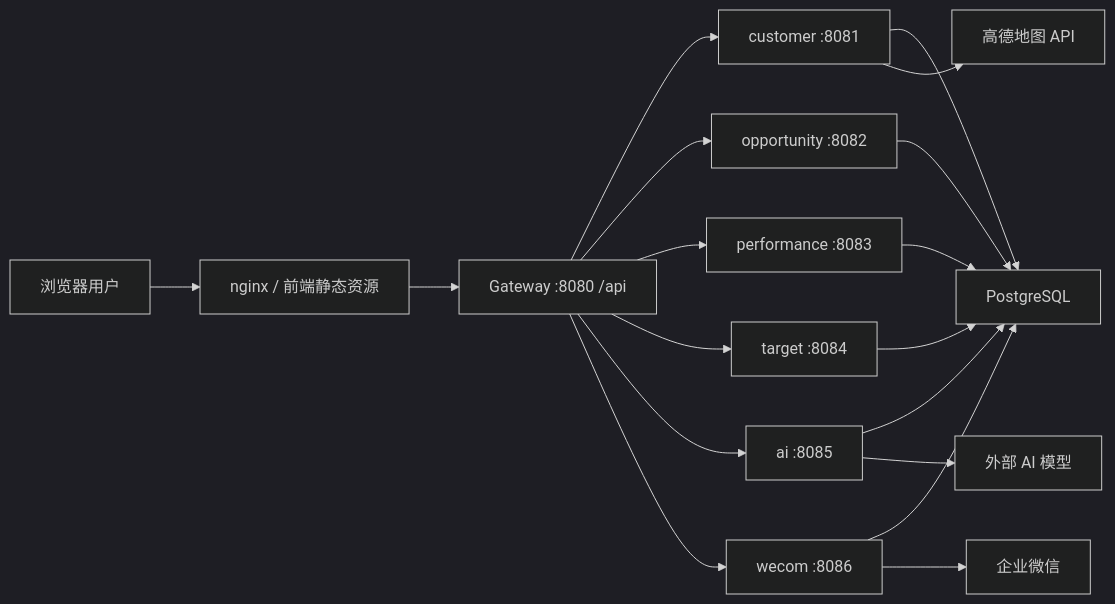
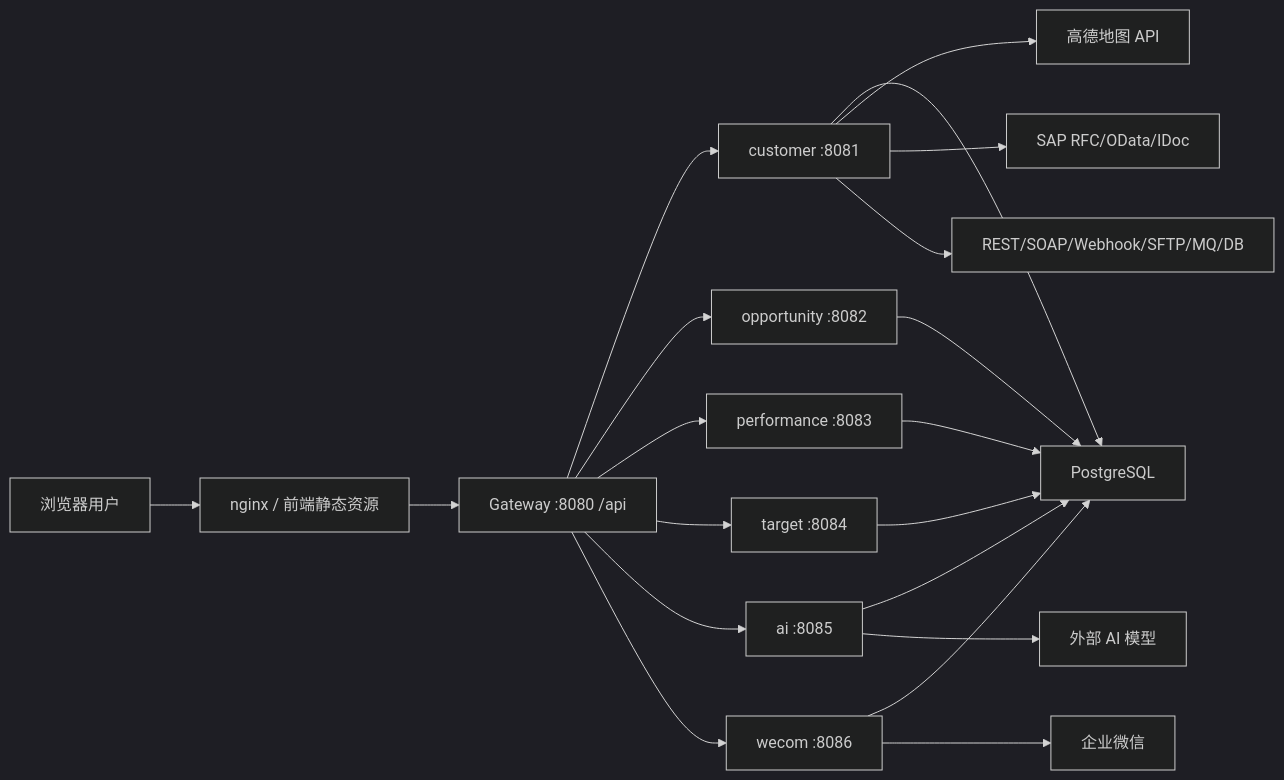
Before and after one commit to flymanckt/huafu-crm-suite: the diagram in docs/PROJECT_GUIDE.md, drawn with Mermaid (dark theme). The commit also changed other lines of this file and 25 other files, not shown here.

````diff
--- a/docs/PROJECT_GUIDE.md
+++ b/docs/PROJECT_GUIDE.md
@@ -117,20 +117,22 @@
 ```mermaid
 flowchart LR
   U["浏览器用户"] --> N["nginx / 前端静态资源"]
   N --> G["Gateway :8080 /api"]
   G --> C["customer :8081"]
   G --> O["opportunity :8082"]
   G --> P["performance :8083"]
   G --> T["target :8084"]
   G --> A["ai :8085"]
   G --> W["wecom :8086"]
   C --> DB["PostgreSQL"]
   O --> DB
   P --> DB
   T --> DB
   A --> DB
   W --> DB
   A --> LLM["外部 AI 模型"]
   C --> MAP["高德地图 API"]
   W --> WX["企业微信"]
+  C --> SAP["SAP RFC/OData/IDoc"]
+  C --> EXT["REST/SOAP/Webhook/SFTP/MQ/DB"]
 ```
````
